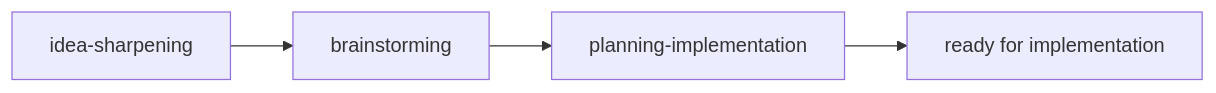
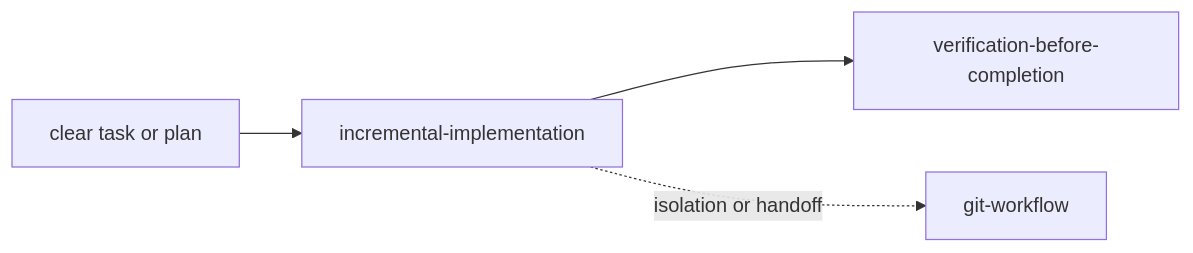
The third of 14 diagrams in skills/README.md (quick-brown-foxxx/myai), drawn with Mermaid before and after one commit. The commit also changed other lines of this file, not shown here.

````diff
--- a/skills/README.md
+++ b/skills/README.md
@@ -203,6 +158,6 @@
 ```mermaid
 flowchart LR
-  A[idea-sharpening] --> B[brainstorming]
-  B --> C[planning-implementation]
-  C --> D[ready for implementation]
+  A[clear task or plan] --> B[incremental-implementation]
+  B --> C[verification-before-completion]
+  B -. isolation or handoff .-> D[git-workflow]
 ```
````
